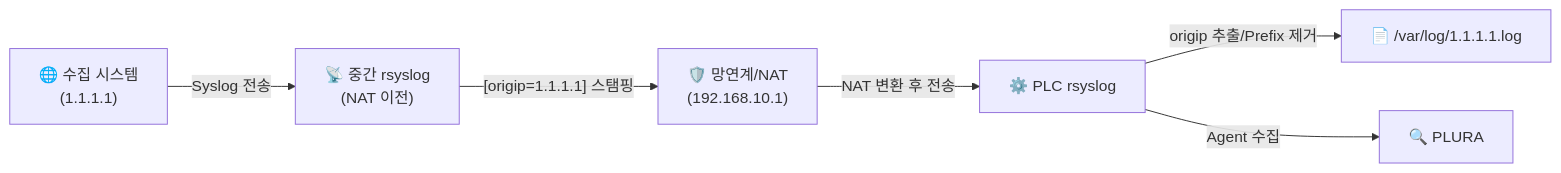
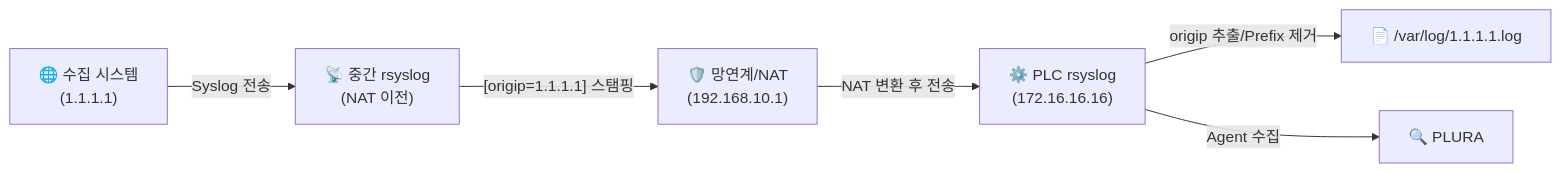
The first of 2 diagrams in v8-stable/rsyslog-origip-routing/README.md (QubitSecurity/rsyslog.d), drawn with Mermaid before and after one commit. The commit also changed other lines of this file, not shown here.

````diff
--- a/v8-stable/rsyslog-origip-routing/README.md
+++ b/v8-stable/rsyslog-origip-routing/README.md
@@ -65,15 +90,15 @@
 ```mermaid
 flowchart LR
     A["🌐 수집 시스템<br/>(1.1.1.1)"] 
     B["📡 중간 rsyslog<br/>(NAT 이전)"]
     C["🛡️ 망연계/NAT<br/>(192.168.10.1)"]
-    D["⚙️ PLC rsyslog"]
+    D["⚙️ PLC rsyslog<br/>(172.16.16.16)"]
     E["📄 /var/log/1.1.1.1.log"]
     F["🔍 PLURA"]
 
     A -->|Syslog 전송| B
     B -->|"[origip=1.1.1.1] 스탬핑"| C
     C -->|NAT 변환 후 전송| D
     D -->|origip 추출/Prefix 제거| E
     D -->|Agent 수집| F
 ```
````
